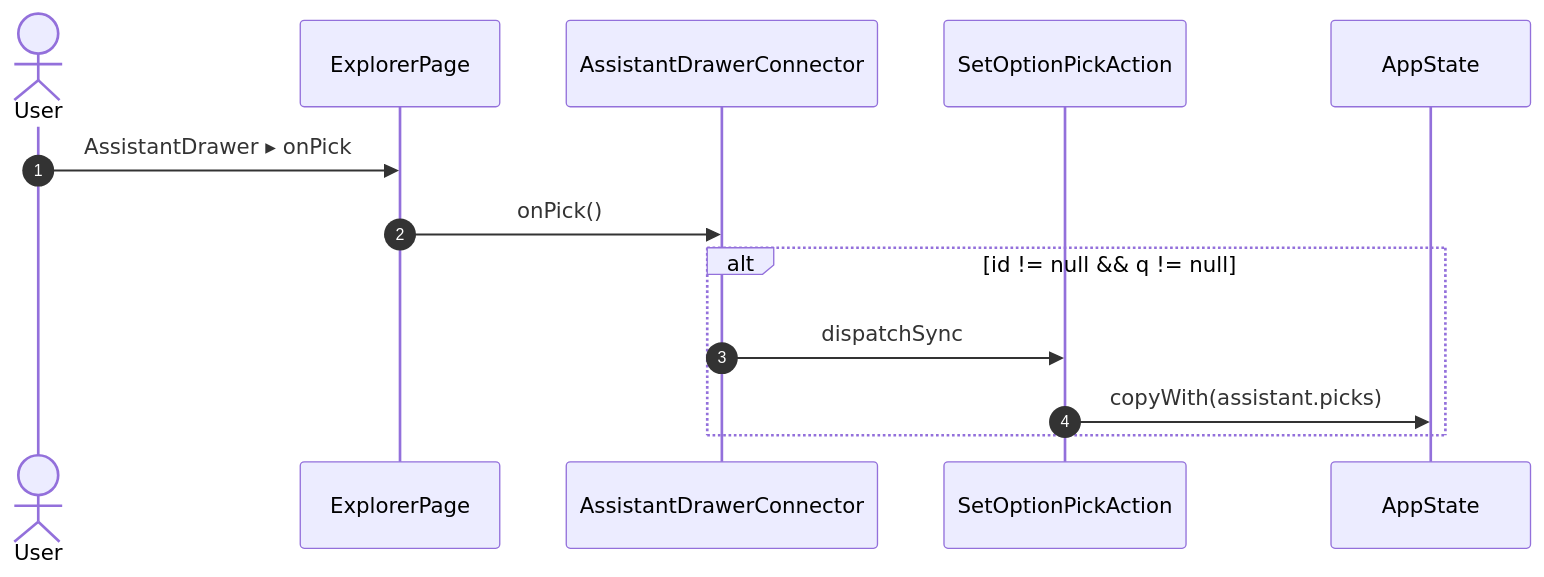
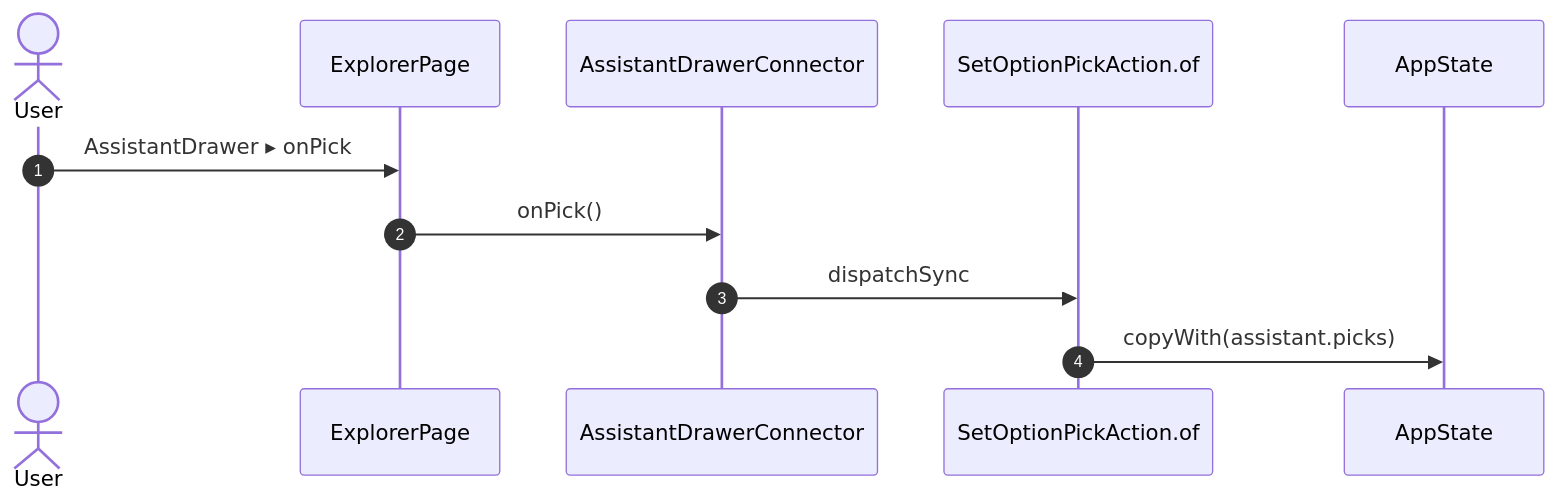
One commit to gencto/wyrm changed diagram 34 of 55 in studio/docs/flows/explorer.md. Above: the diagram before and after it, drawn with Mermaid. The commit also changed other lines of this file and 94 other files, not shown here.

First line of the commit message:
studio: assistant: typed wire, words in ui, one action per intent

````diff
--- a/studio/docs/flows/explorer.md
+++ b/studio/docs/flows/explorer.md
@@ -642,16 +641,14 @@
 ```mermaid
 sequenceDiagram
     autonumber
     actor User
     participant UI as ExplorerPage
     participant R1 as AssistantDrawerConnector
-    participant A1 as SetOptionPickAction
+    participant A1 as SetOptionPickAction.of
     participant ST as AppState
 
     User->>UI: AssistantDrawer ▸ onPick
     UI->>R1: onPick()
-    alt id != null && q != null
-        R1->>A1: dispatchSync
-        A1->>ST: copyWith(assistant.picks)
-    end
+    R1->>A1: dispatchSync
+    A1->>ST: copyWith(assistant.picks)
 ```
````
